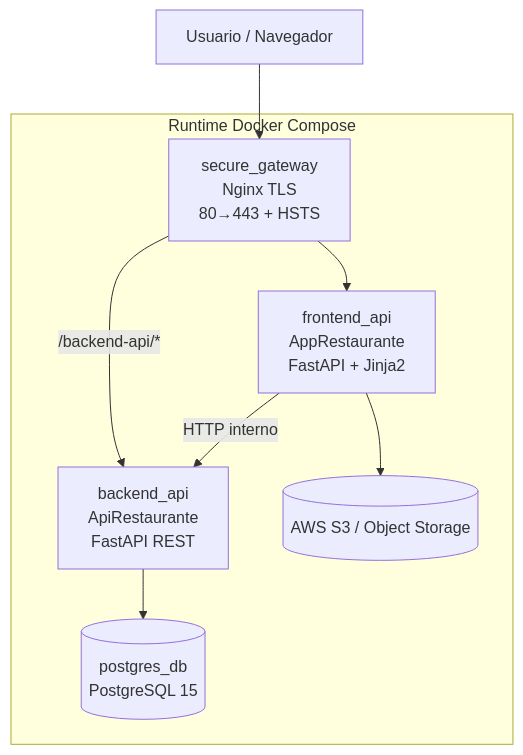
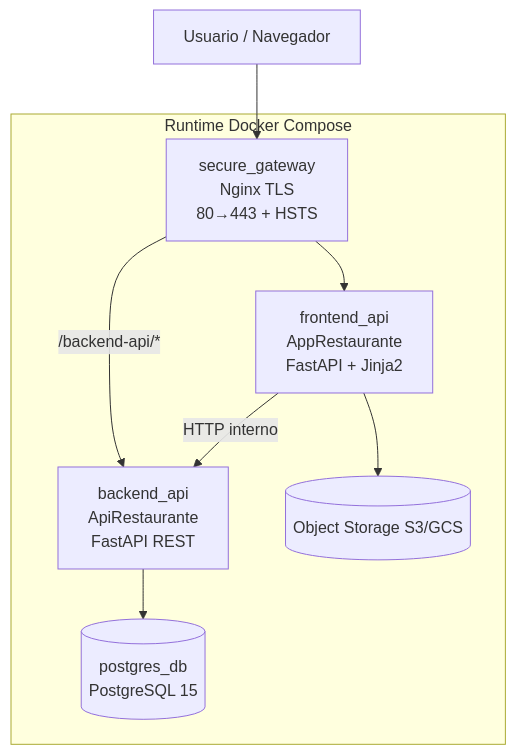
One commit to dsmeneses17/Proyecto_dev_sec_ops changed the second of 4 diagrams in docs/MAPA_ARQUITECTURA.md. Above: the diagram before and after it, drawn with Mermaid. The commit also changed other lines of this file and 4 other files, not shown here.

````diff
--- a/docs/MAPA_ARQUITECTURA.md
+++ b/docs/MAPA_ARQUITECTURA.md
@@ -81,13 +84,13 @@
 ```mermaid
 flowchart TB
     U[Usuario / Navegador] --> G[secure_gateway\nNginx TLS\n80→443 + HSTS]
 
     subgraph Runtime Docker Compose
         G --> FE[frontend_api\nAppRestaurante\nFastAPI + Jinja2]
         G -->|/backend-api/*| BE[backend_api\nApiRestaurante\nFastAPI REST]
 
         FE -->|HTTP interno| BE
         BE --> DB[(postgres_db\nPostgreSQL 15)]
-        FE --> S3[(AWS S3 / Object Storage)]
+        FE --> OBJ[(Object Storage S3/GCS)]
     end
 ```
````
